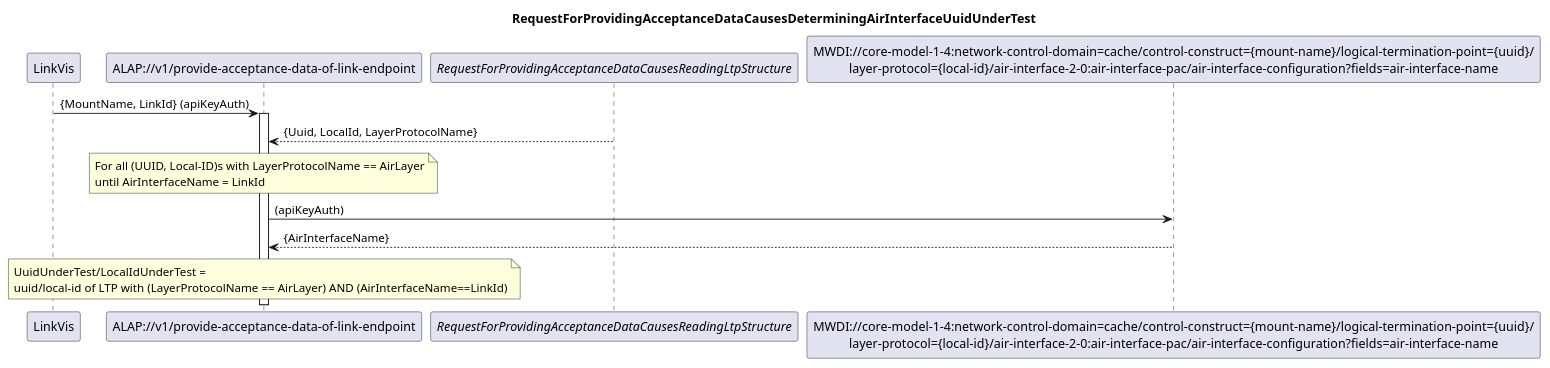
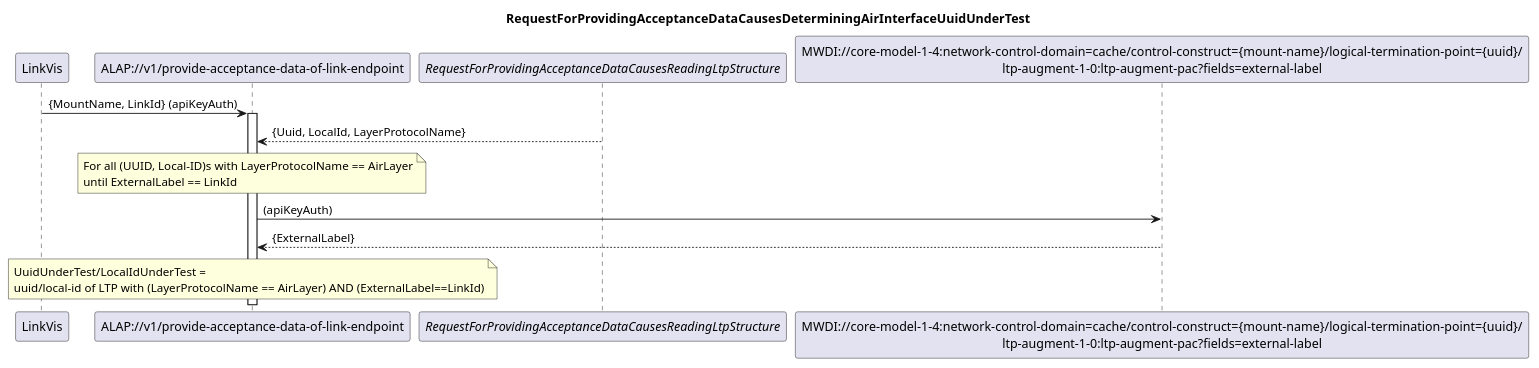
One commit to openBackhaul/AccessPlanningToolProxy changed the diagram in spec/diagrams/101_DeterminingAirInterfaceUnderTest.plantuml. Above: the diagram before and after it, drawn with PlantUML. The commit also changed 1 other file, not shown here.

Commit message:
Update diagram 101_DeterminingAirInterfaceUnderTest

```diff
--- a/spec/diagrams/101_DeterminingAirInterfaceUnderTest.plantuml
+++ b/spec/diagrams/101_DeterminingAirInterfaceUnderTest.plantuml
@@ -1,31 +1,31 @@
 @startuml 101_DeterminingAirInterfaceUnderTest
 skinparam responseMessageBelowArrow true
 
 title
 RequestForProvidingAcceptanceDataCausesDeterminingAirInterfaceUuidUnderTest
 end title
 
 participant "LinkVis" as LinkVis
 participant "ALAP://v1/provide-acceptance-data-of-link-endpoint" as ALAP
 participant "<i>RequestForProvidingAcceptanceDataCausesReadingLtpStructure</i>" as LTPs
-participant "MWDI://core-model-1-4:network-control-domain=cache/control-construct={mount-name}/logical-termination-point={uuid}/\nlayer-protocol={local-id}/air-interface-2-0:air-interface-pac/air-interface-configuration?fields=air-interface-name" as AirInterfaceName
+participant "MWDI://core-model-1-4:network-control-domain=cache/control-construct={mount-name}/logical-termination-point={uuid}/\nltp-augment-1-0:ltp-augment-pac?fields=external-label" as ExternalLabel
 
 LinkVis -> ALAP: {MountName, LinkId} (apiKeyAuth)
 activate ALAP
 
 LTPs --> ALAP: {Uuid, LocalId, LayerProtocolName}
 
 note over ALAP
 For all (UUID, Local-ID)s with LayerProtocolName == AirLayer
-until AirInterfaceName = LinkId
+until ExternalLabel == LinkId
 end note
 
-ALAP -> AirInterfaceName: (apiKeyAuth)
-AirInterfaceName --> ALAP: {AirInterfaceName}
+ALAP -> ExternalLabel: (apiKeyAuth)
+ExternalLabel --> ALAP: {ExternalLabel}
 
 note over ALAP
 UuidUnderTest/LocalIdUnderTest = 
-uuid/local-id of LTP with (LayerProtocolName == AirLayer) AND (AirInterfaceName==LinkId)
+uuid/local-id of LTP with (LayerProtocolName == AirLayer) AND (ExternalLabel==LinkId)
 end note
 
 @enduml
```
